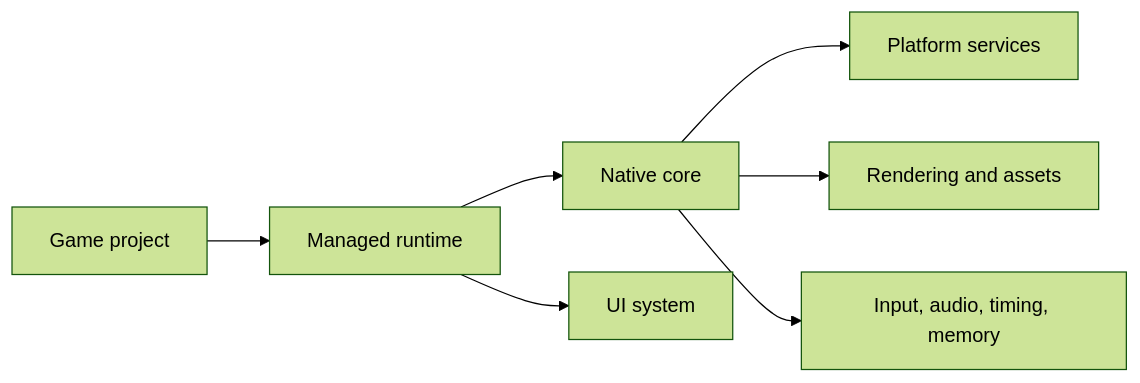
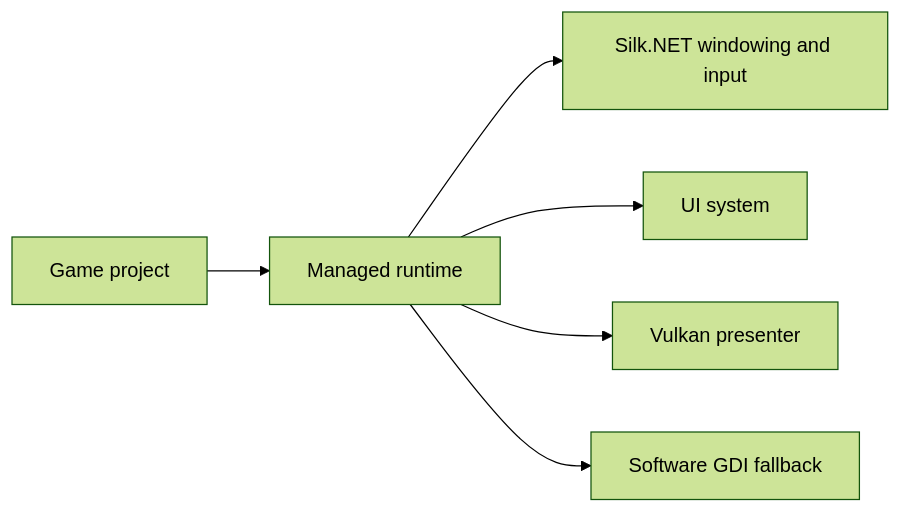
One commit to jihadkhawaja/AssemblyEngine changed the diagram in README.md. Above: the diagram before and after it, drawn with Mermaid (forest theme). The commit also changed other lines of this file and 61 other files, not shown here.

First line of the commit message:
Refactor engine platform integration and input handling

````diff
--- a/README.md
+++ b/README.md
@@ -25,9 +25,8 @@
 ```mermaid
 flowchart LR
 	Game[Game project] --> Runtime[Managed runtime]
-	Runtime --> Native[Native core]
+	Runtime --> SilkNET[Silk.NET windowing and input]
 	Runtime --> UI[UI system]
-	Native --> Platform[Platform services]
-	Native --> Rendering[Rendering and assets]
-	Native --> Systems[Input, audio, timing, memory]
+	Runtime --> Vulkan[Vulkan presenter]
+	Runtime --> Software[Software GDI fallback]
 ```
````
